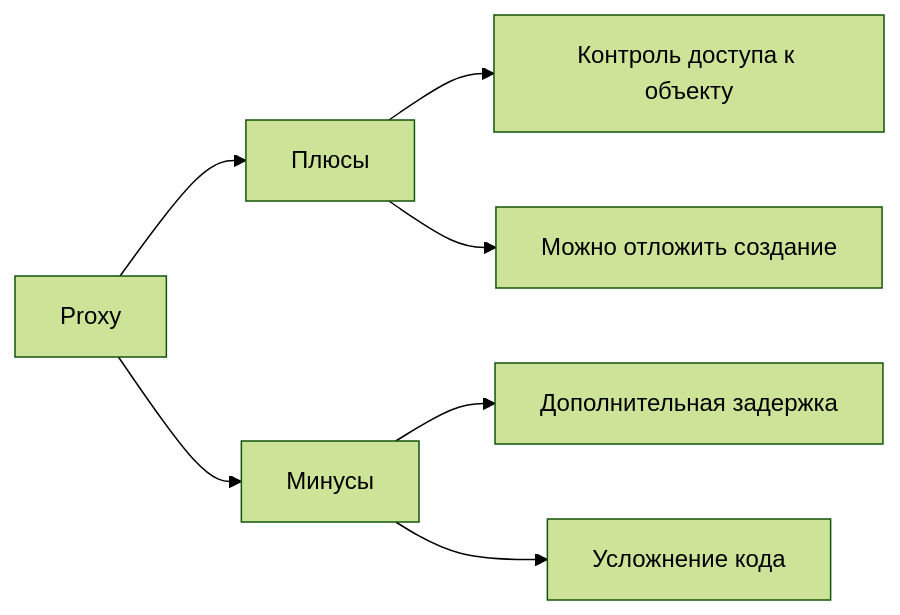
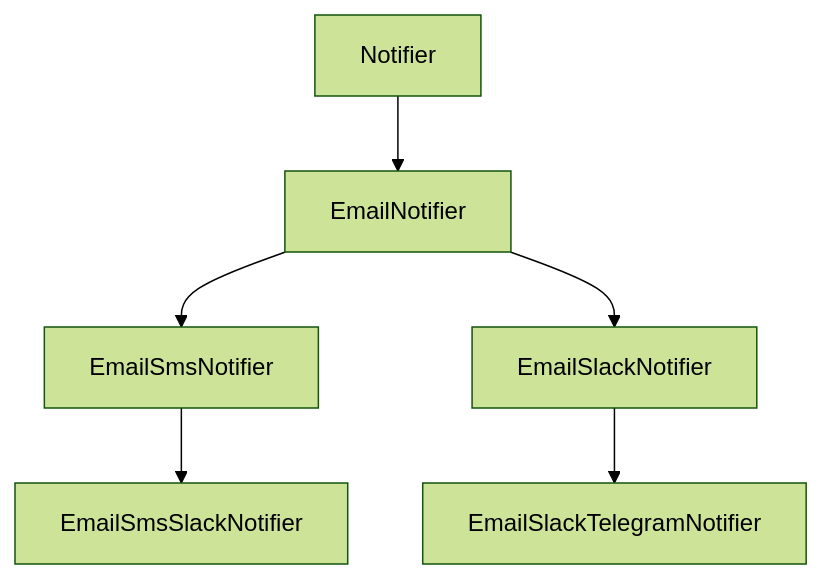
The ninth of 16 diagrams in lectures/Lec6/vitepress.md (Kert0n/KPO), drawn with Mermaid (forest theme) before and after one commit. The commit also changed other lines of this file and 9 other files, not shown here.

````diff
--- a/lectures/Lec6/vitepress.md
+++ b/lectures/Lec6/vitepress.md
@@ -290,9 +759,8 @@
 ```mermaid
-flowchart LR
-    Proxy[Proxy] --> Pros[Плюсы]
-    Proxy --> Cons[Минусы]
-    Pros --> Control[Контроль доступа к объекту]
-    Pros --> Lazy[Можно отложить создание]
-    Cons --> Latency[Дополнительная задержка]
-    Cons --> Complexity[Усложнение кода]
+flowchart TD
+  Notifier[Notifier] --> Email[EmailNotifier]
+  Email --> EmailSms[EmailSmsNotifier]
+  Email --> EmailSlack[EmailSlackNotifier]
+  EmailSms --> EmailSmsSlack[EmailSmsSlackNotifier]
+  EmailSlack --> EmailSlackTelegram[EmailSlackTelegramNotifier]
 ```
````
